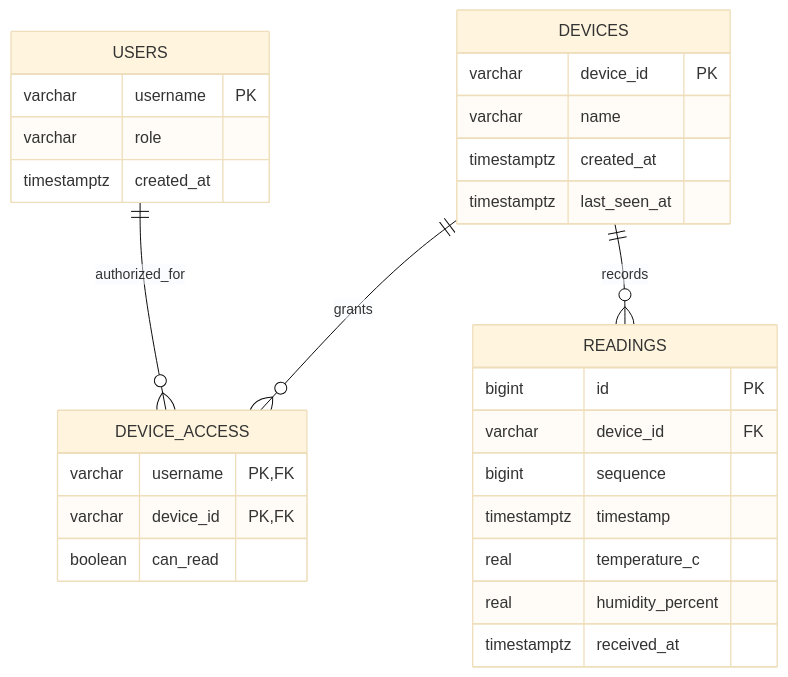
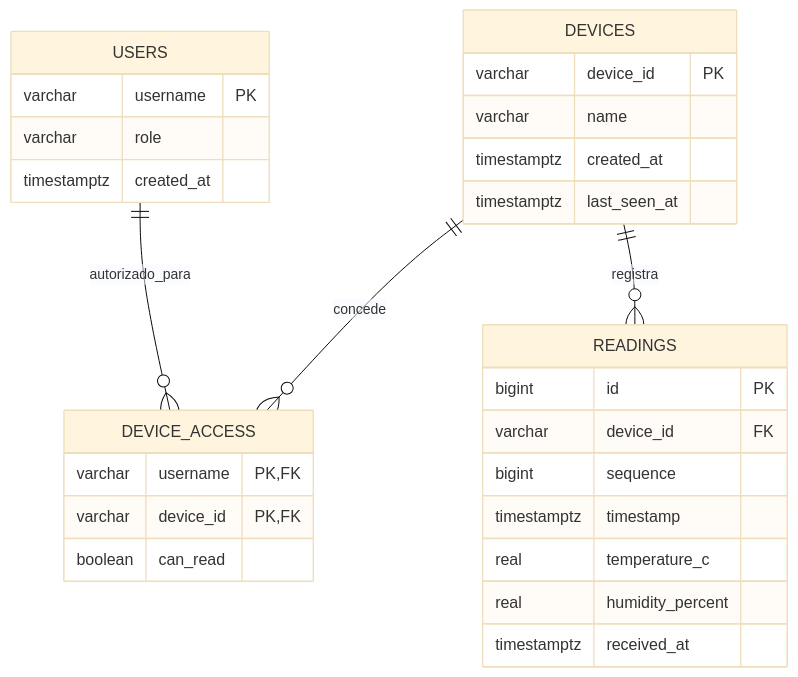
One commit to JoelsonJose/Monitoramento-de-Temperatura-e-Umidade changed the diagram in docs/diagrama_er.md. Above: the diagram before and after it, drawn with Mermaid (base theme). The commit also changed other lines of this file and 14 other files, not shown here.

````diff
--- a/docs/diagrama_er.md
+++ b/docs/diagrama_er.md
@@ -3,31 +3,31 @@
 ```mermaid
 erDiagram
-  USERS ||--o{ DEVICE_ACCESS : authorized_for
-  DEVICES ||--o{ DEVICE_ACCESS : grants
-  DEVICES ||--o{ READINGS : records
+  USERS ||--o{ DEVICE_ACCESS : autorizado_para
+  DEVICES ||--o{ DEVICE_ACCESS : concede
+  DEVICES ||--o{ READINGS : registra
   USERS {
     varchar username PK
     varchar role
     timestamptz created_at
   }
   DEVICES {
     varchar device_id PK
     varchar name
     timestamptz created_at
     timestamptz last_seen_at
   }
   DEVICE_ACCESS {
     varchar username PK, FK
     varchar device_id PK, FK
     boolean can_read
   }
   READINGS {
     bigint id PK
     varchar device_id FK
     bigint sequence
     timestamptz timestamp
     real temperature_c
     real humidity_percent
     timestamptz received_at
   }
 ```
````
